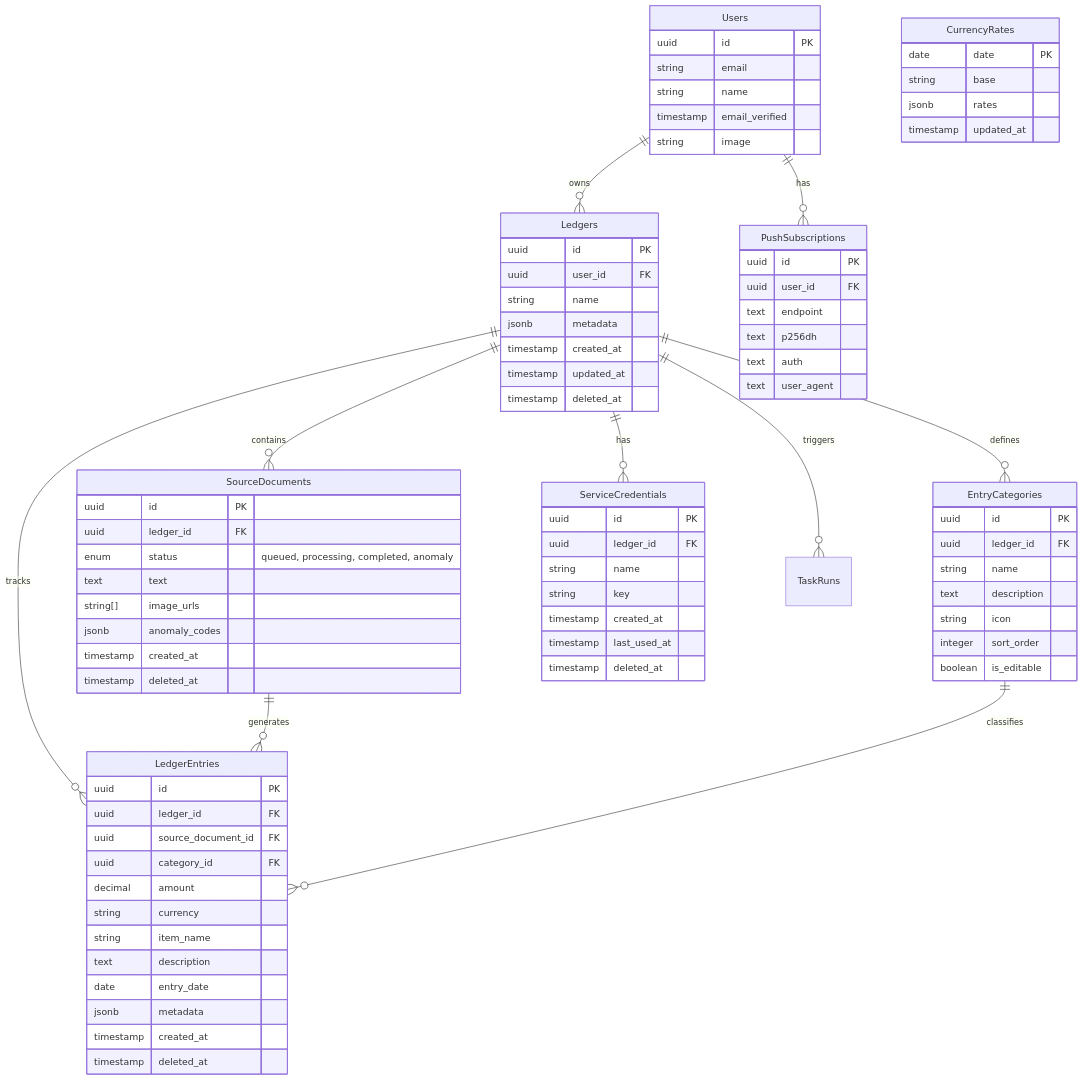
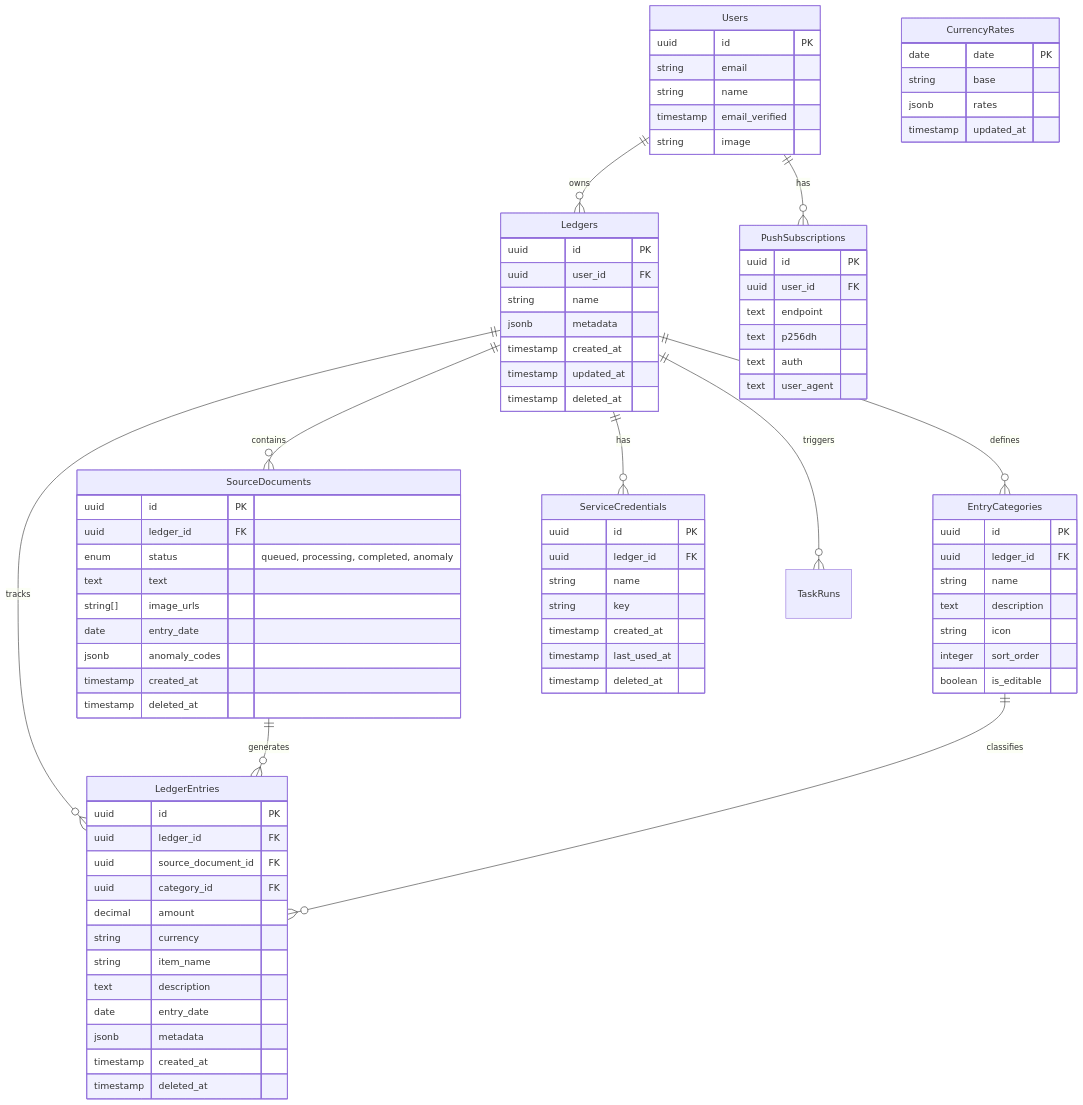
The diagram in docs/database_schema.md (Xiangyu-Labs/Cashier), drawn with Mermaid before and after one commit. The commit also changed 7 other files, not shown here.

Commit message:
feat: Add `entryDate` field to source documents with database migration, backfill, and UI integration for display and update.

```diff
--- a/docs/database_schema.md
+++ b/docs/database_schema.md
@@ -40,6 +40,7 @@
         enum status "queued, processing, completed, anomaly"
         text text
         string[] image_urls
+        date entry_date
         jsonb anomaly_codes
         timestamp created_at
         timestamp deleted_at
```
